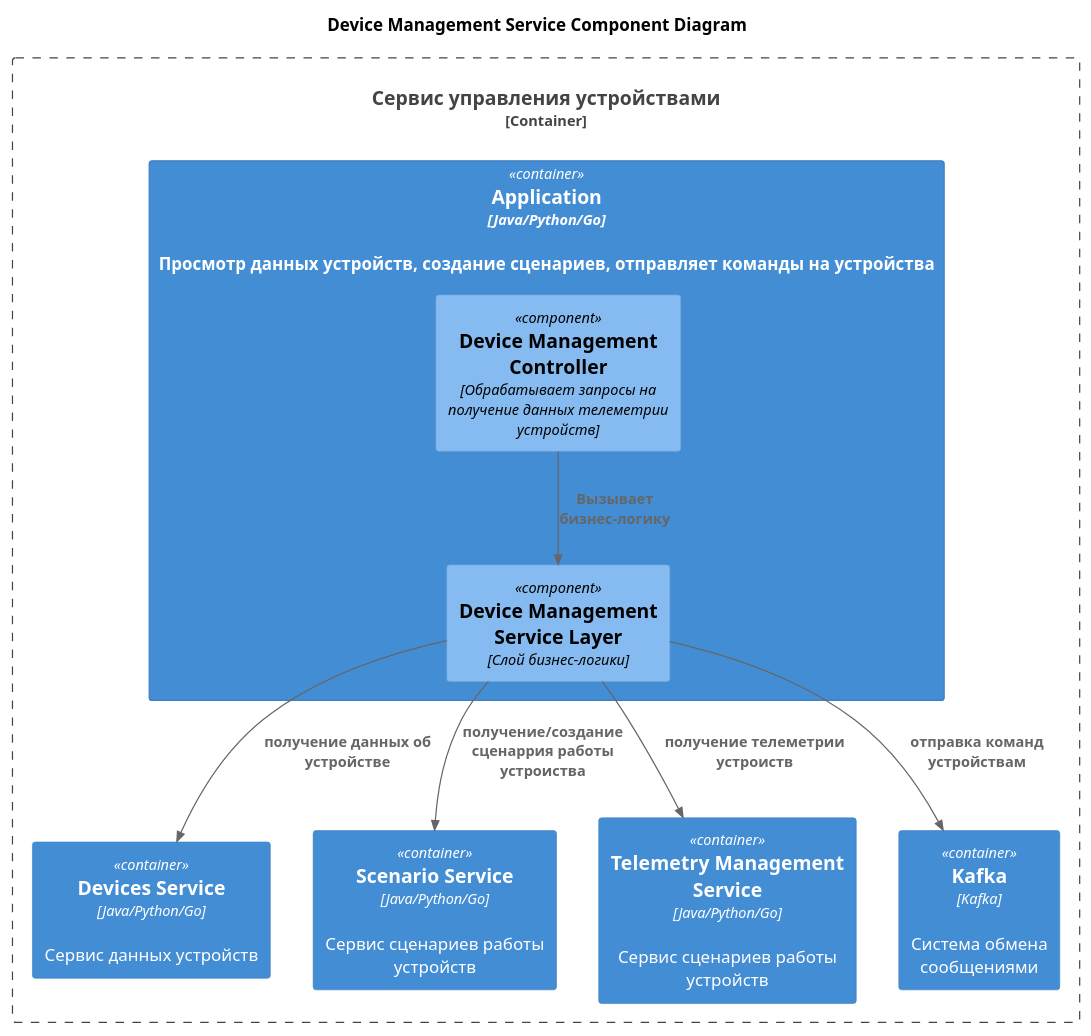
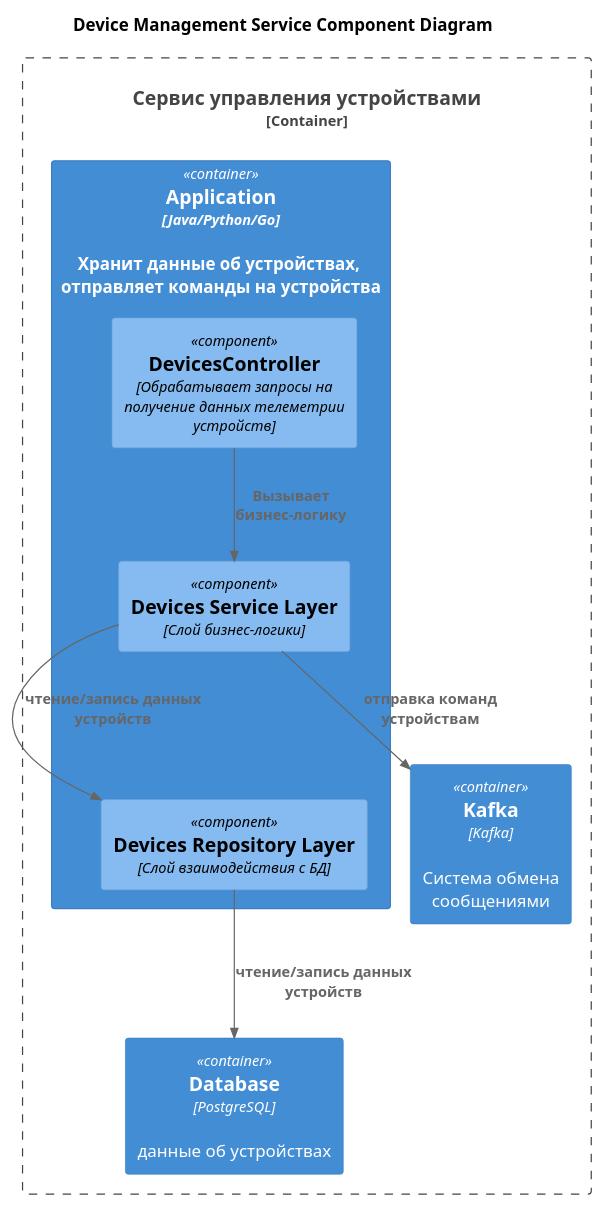
One commit to wiky-avis/architecture-sprint-3 changed the diagram in docs/diagrams/to_be/component/DeviceManagementService_Component.puml. Above: the diagram before and after it, drawn with PlantUML. The commit also changed 11 other files, not shown here.

```diff
--- a/docs/diagrams/to_be/component/DeviceManagementService_Component.puml
+++ b/docs/diagrams/to_be/component/DeviceManagementService_Component.puml
@@ -1,26 +1,24 @@
 @startuml
 title Device Management Service Component Diagram
 
 top to bottom direction
 
 !includeurl https://raw.githubusercontent.com/RicardoNiepel/C4-PlantUML/master/C4_Component.puml
 
 Container_Boundary(DeviceManagementService, "Сервис управления устройствами") {
-  Container(App, "Application", "Java/Python/Go", "Просмотр данных устройств, создание сценариев, отправляет команды на устройства")
-  Container(DevicesService, "Devices Service", "Java/Python/Go", "Сервис данных устройств")
-  Container(ScenarioService, "Scenario Service", "Java/Python/Go", "Сервис сценариев работы устройств")
-  Container(TelemetryManagementService, "Telemetry Management Service", "Java/Python/Go", "Сервис сценариев работы устройств")
+  Container(App, "Application", "Java/Python/Go", "Хранит данные об устройствах, \nотправляет команды на устройства")
+  Container(Database, "Database", "PostgreSQL", "данные об устройствах")
   Container(Kafka, "Kafka", "Kafka", "Система обмена сообщениями")
 }
 
 Container(App, "Application", "Java, Spring") {
-  Component(DeviceManagementController, "Device Management Controller", "Обрабатывает запросы на получение данных телеметрии устройств")
-  Component(ServiceLayer, "Device Management Service Layer", "Слой бизнес-логики")
+  Component(DevicesController, "DevicesController", "Обрабатывает запросы на получение данных телеметрии устройств")
+  Component(ServiceLayer, "Devices Service Layer", "Слой бизнес-логики")
+  Component(RepositoryLayer, "Devices Repository Layer", "Слой взаимодействия с БД")
 }
 
-Rel(DeviceManagementController,ServiceLayer,"Вызывает бизнес-логику")
-Rel(ServiceLayer,DevicesService,"получение данных об устройстве")
-Rel(ServiceLayer,ScenarioService,"получение/создание сценаррия работы устроиства")
-Rel(ServiceLayer,TelemetryManagementService,"получение телеметрии устроиств")
+Rel(DevicesController,ServiceLayer,"Вызывает бизнес-логику")
+Rel(ServiceLayer,RepositoryLayer,"чтение/запись данных устройств")
+Rel(RepositoryLayer,Database,"чтение/запись данных устройств")
 Rel(ServiceLayer,Kafka,"отправка команд устройствам")
 @enduml
```
